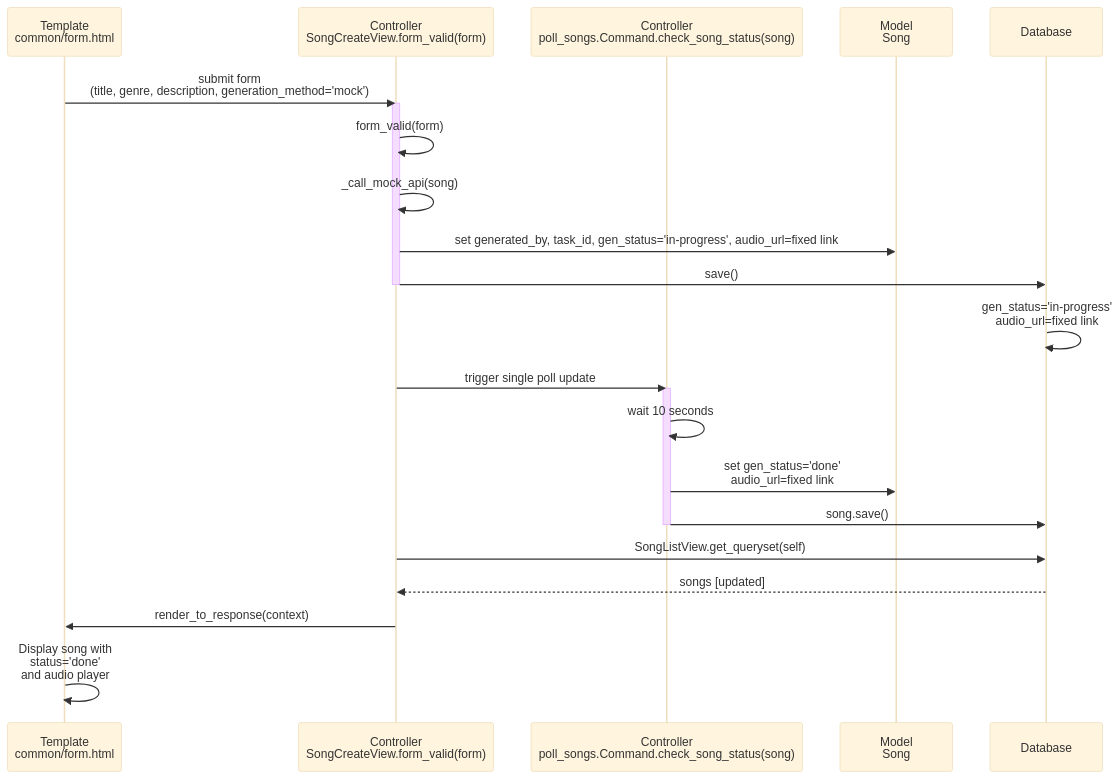
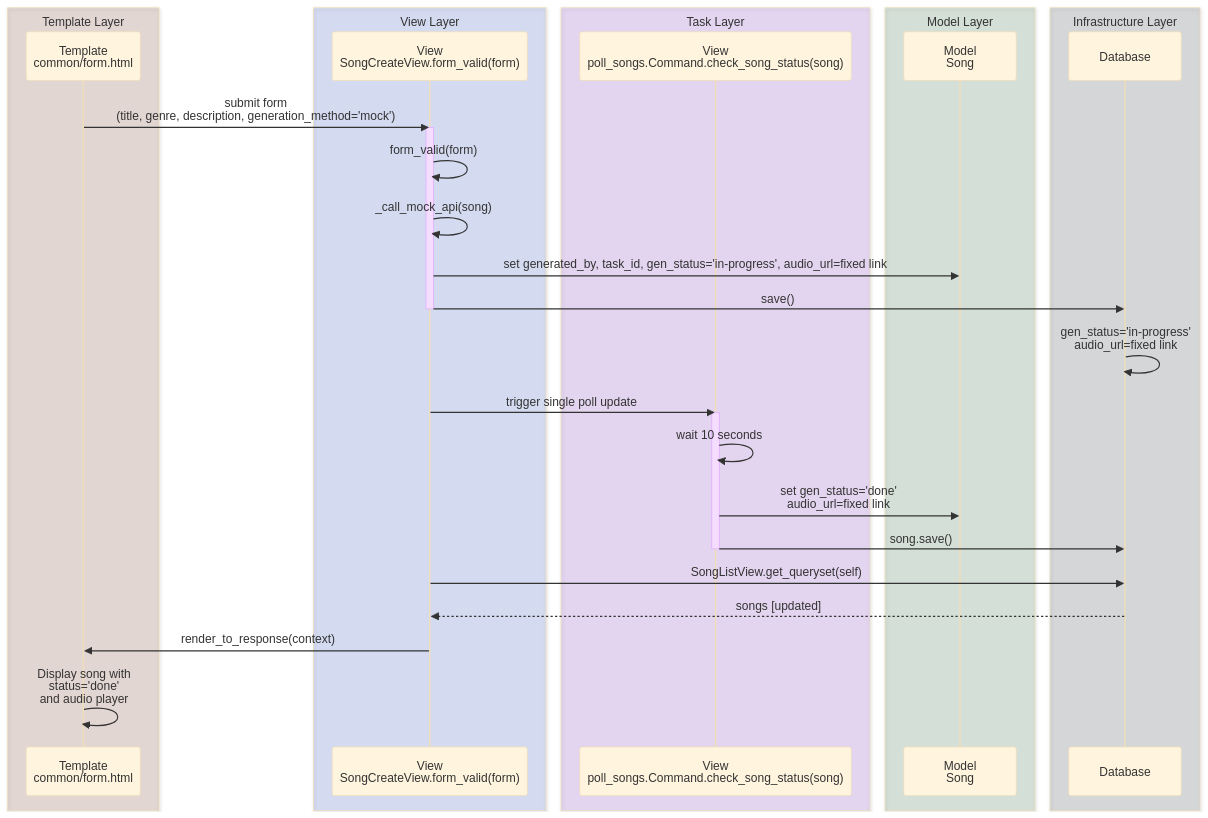
Before and after one commit to taamtera/musicprojectdjango: the third of 3 diagrams in README.md, drawn with Mermaid (base theme). The commit also changed other lines of this file, not shown here.

````diff
--- a/README.md
+++ b/README.md
@@ -205,29 +215,39 @@
    ```mermaid
    sequenceDiagram
-      participant Template as Template<br/>common/form.html
-      participant SongView as Controller<br/>SongCreateView.form_valid(form)
-      participant TasksView as Controller<br/>poll_songs.Command.check_song_status(song)
-      participant SongModel as Model<br/>Song
-      participant DB as Database
+      box rgba(124,45,18,0.15) Template Layer
+         participant Template as Template<br/>common/form.html
+      end
+      box rgba(29,78,216,0.15) View Layer
+         participant SongView as View<br/>SongCreateView.form_valid(form)
+      end
+      box rgba(126,34,206,0.15) Task Layer
+         participant TasksView as View<br/>poll_songs.Command.check_song_status(song)
+      end
+      box rgba(22,101,52,0.15) Model Layer
+         participant SongModel as Model<br/>Song
+      end
+      box rgba(31,41,55,0.15) Infrastructure Layer
+         participant DB as Database
+      end
 
       Template->>SongView: submit form<br/>(title, genre, description, generation_method='mock')
       activate SongView
       SongView->>SongView: form_valid(form)
       SongView->>SongView: _call_mock_api(song)
       SongView->>SongModel: set generated_by, task_id, gen_status='in-progress', audio_url=fixed link
       SongView->>DB: save()
       deactivate SongView
       DB->>DB: gen_status='in-progress'<br/>audio_url=fixed link
 
       SongView->>TasksView: trigger single poll update
       activate TasksView
       TasksView->>TasksView: wait 10 seconds
       TasksView->>SongModel: set gen_status='done'<br/>audio_url=fixed link
       TasksView->>DB: song.save()
       deactivate TasksView
 
       SongView->>DB: SongListView.get_queryset(self)
       DB-->>SongView: songs [updated]
       SongView->>Template: render_to_response(context)
       Template->>Template: Display song with<br/>status='done'<br/>and audio player
    ```
````
